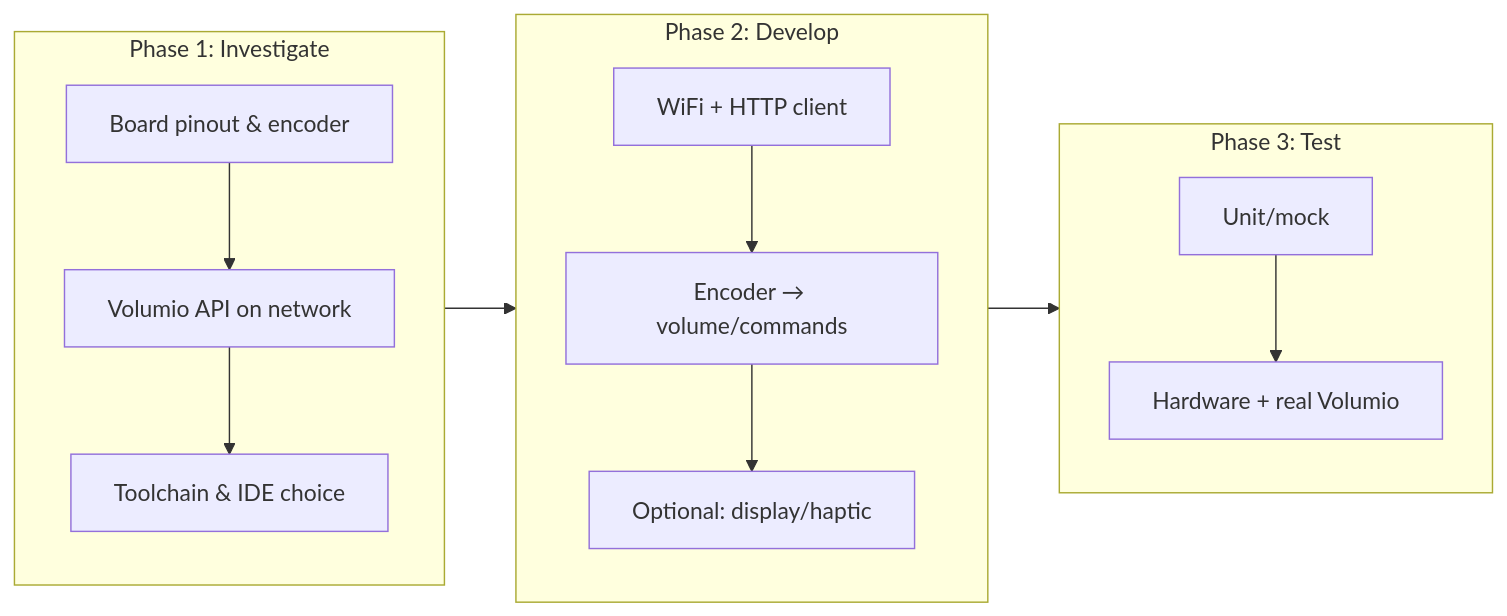
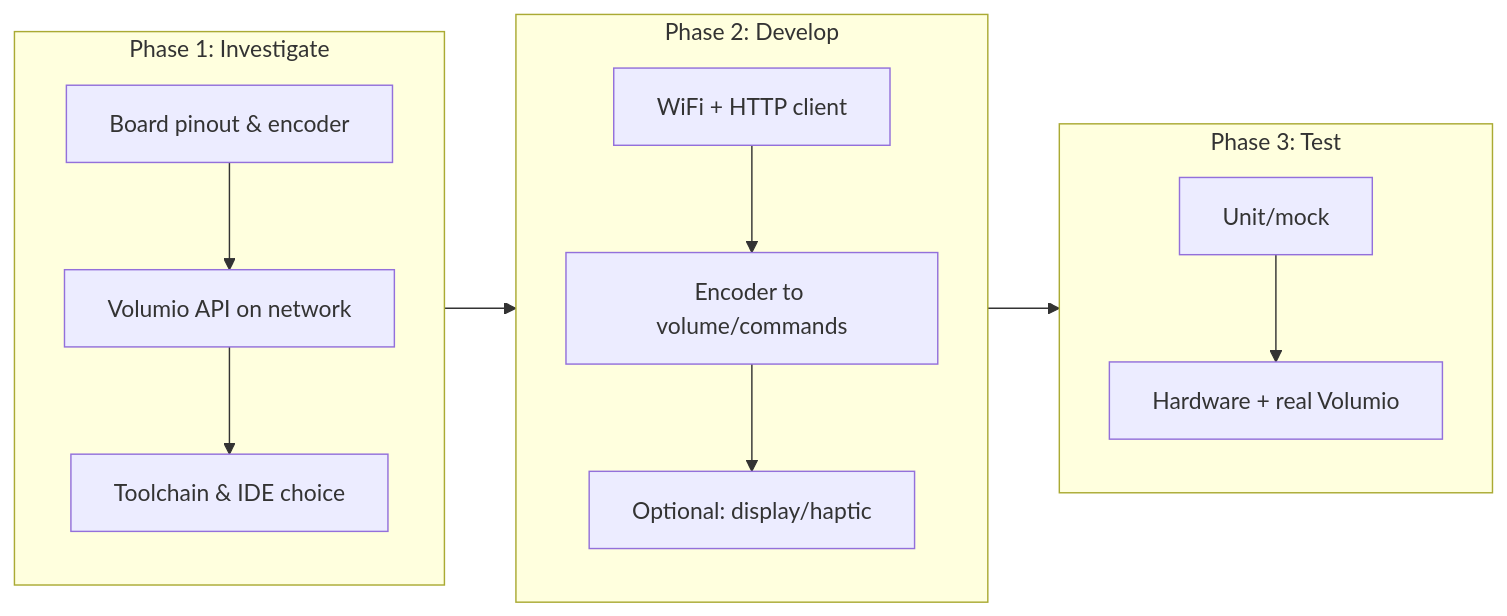
One commit to jovlinger/utils changed the first of 3 diagrams in esp32/README.md. Above: the diagram before and after it, drawn with Mermaid. The commit also changed other lines of this file and 9 other files, not shown here.

````diff
--- a/esp32/README.md
+++ b/esp32/README.md
@@ -63,15 +131,15 @@
 ```mermaid
 flowchart LR
-  subgraph phase1[Phase 1: Investigate]
+  subgraph phase1["Phase 1: Investigate"]
     A[Board pinout & encoder] --> B[Volumio API on network]
     B --> C[Toolchain & IDE choice]
   end
-  subgraph phase2[Phase 2: Develop]
-    D[WiFi + HTTP client] --> E[Encoder → volume/commands]
+  subgraph phase2["Phase 2: Develop"]
+    D[WiFi + HTTP client] --> E[Encoder to volume/commands]
     E --> F[Optional: display/haptic]
   end
-  subgraph phase3[Phase 3: Test]
+  subgraph phase3["Phase 3: Test"]
     G[Unit/mock] --> H[Hardware + real Volumio]
   end
   phase1 --> phase2 --> phase3
 ```
````
